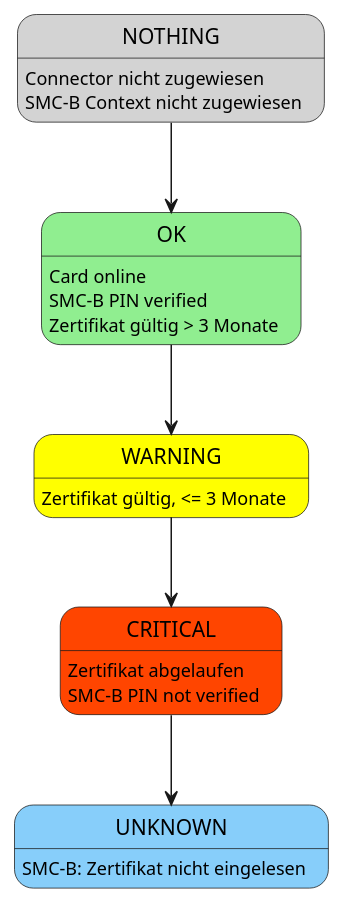
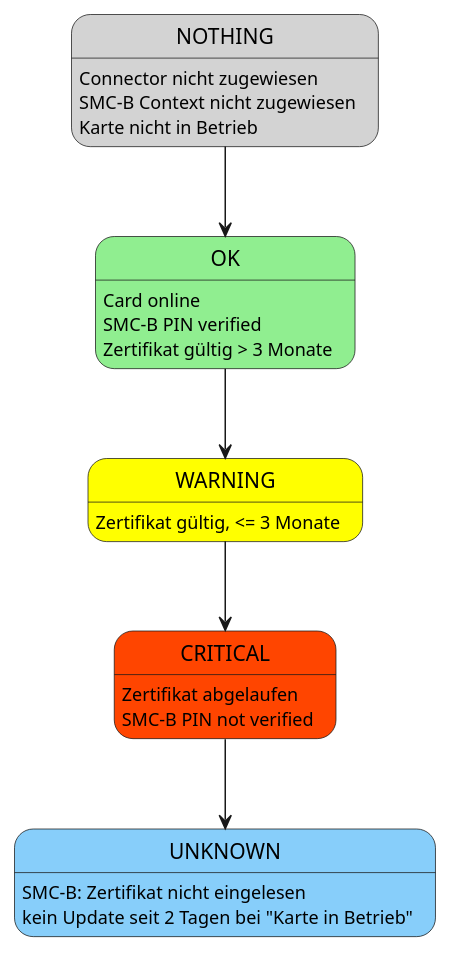
The diagram in docs/devnotes/_images/card-condition.puml (swobspace/cocard), drawn with PlantUML before and after one commit. The commit also changed 21 other files, not shown here.

```diff
--- a/docs/devnotes/_images/card-condition.puml
+++ b/docs/devnotes/_images/card-condition.puml
@@ -1,29 +1,31 @@
 @startuml
 
 state OK #lightgreen
 
 OK: Card online
 OK: SMC-B PIN verified
 OK: Zertifikat gültig > 3 Monate
 
 state WARNING #Yellow
 
 WARNING: Zertifikat gültig, <= 3 Monate
 
 state CRITICAL #orangered
 
 CRITICAL: Zertifikat abgelaufen
 CRITICAL: SMC-B PIN not verified
 
 state UNKNOWN #LightSkyBlue
 UNKNOWN: SMC-B: Zertifikat nicht eingelesen
+UNKNOWN: kein Update seit 2 Tagen bei "Karte in Betrieb"
 
 state NOTHING #LightGrey
 NOTHING: Connector nicht zugewiesen
 NOTHING: SMC-B Context nicht zugewiesen
+NOTHING: Karte nicht in Betrieb
 
 NOTHING --> OK
 OK --> WARNING
 WARNING --> CRITICAL
 CRITICAL --> UNKNOWN
 @enduml
```
